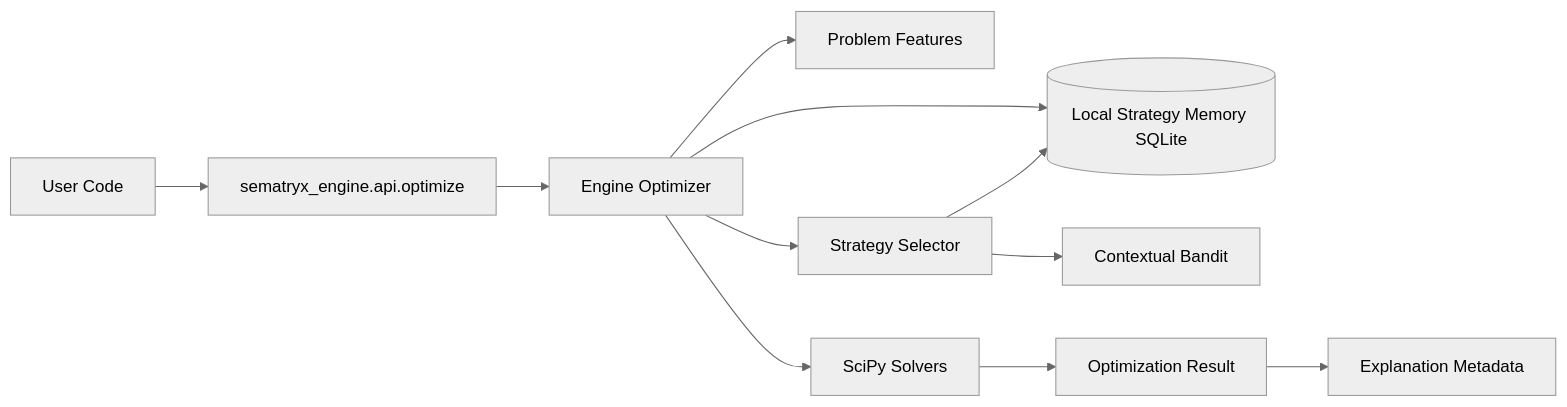
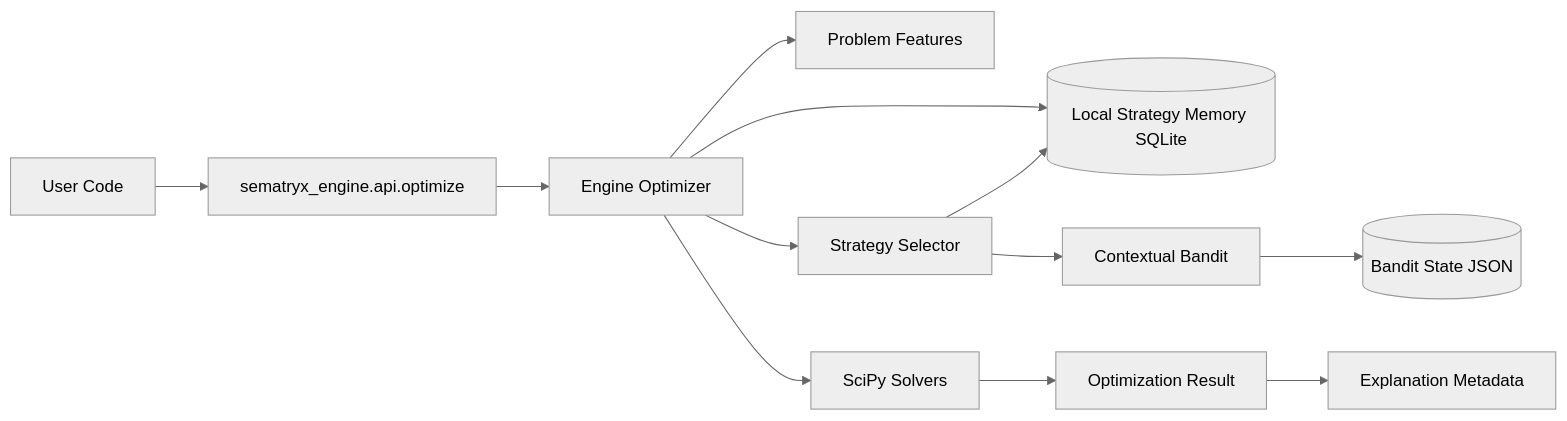
The diagram in docs/architecture/SYSTEM_OVERVIEW.md (sematryx/sematryx-engine), drawn with Mermaid (neutral theme) before and after one commit. The commit also changed 18 other files, not shown here.

````diff
--- a/docs/architecture/SYSTEM_OVERVIEW.md
+++ b/docs/architecture/SYSTEM_OVERVIEW.md
@@ -3,13 +3,14 @@
 ```mermaid
 flowchart LR
     U[User Code] --> API[sematryx_engine.api.optimize]
     API --> OPT[Engine Optimizer]
     OPT --> FEAT[Problem Features]
     OPT --> SEL[Strategy Selector]
     SEL --> MEM[(Local Strategy Memory SQLite)]
     SEL --> BANDIT[Contextual Bandit]
+    BANDIT --> BANDIT_STATE[(Bandit State JSON)]
     OPT --> SOLV[SciPy Solvers]
     SOLV --> RES[Optimization Result]
     OPT --> MEM
     RES --> EXP[Explanation Metadata]
 ```
````
